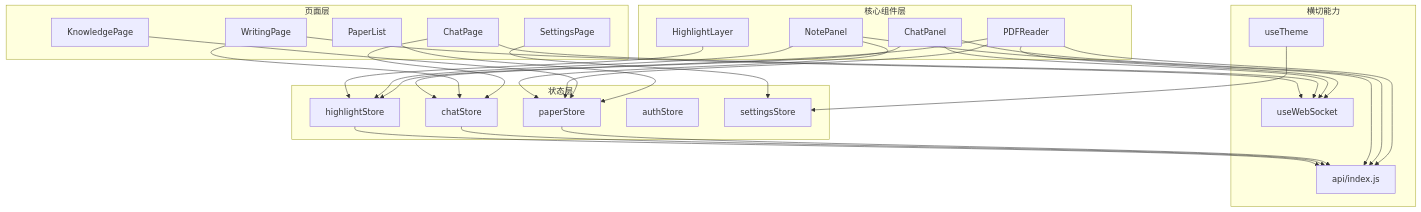
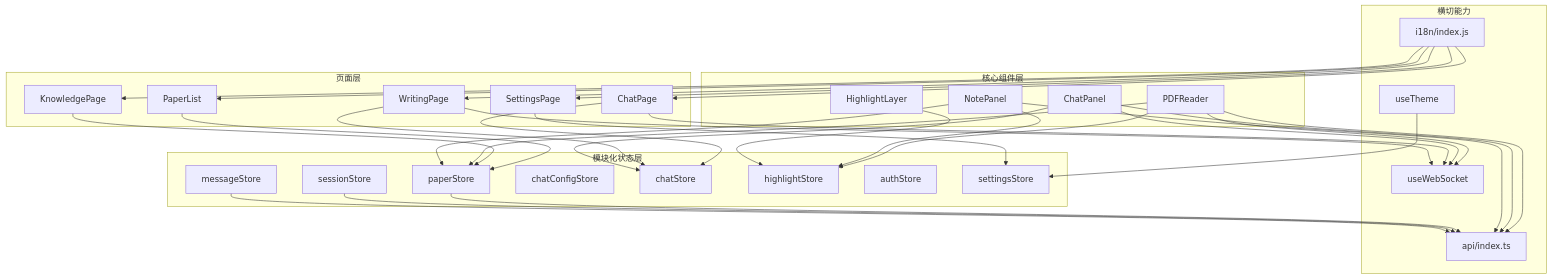
One commit to laohanhahaha/PaperChat changed the second of 8 diagrams in .qoder/repowiki/zh/content/前端系统/前端系统.md. Above: the diagram before and after it, drawn with Mermaid. The commit also changed other lines of this file and 8 other files, not shown here.

````diff
--- a/.qoder/repowiki/zh/content/前端系统/前端系统.md
+++ b/.qoder/repowiki/zh/content/前端系统/前端系统.md
@@ -102,50 +143,59 @@
 ```mermaid
 graph TB
 subgraph "页面层"
 P1["PaperList"]
 P2["ChatPage"]
 P3["WritingPage"]
 P4["KnowledgePage"]
 P5["SettingsPage"]
 end
 subgraph "核心组件层"
 C1["PDFReader"]
 C2["ChatPanel"]
 C3["NotePanel"]
 C4["HighlightLayer"]
 end
-subgraph "状态层"
+subgraph "模块化状态层"
 S1["paperStore"]
-S2["chatStore"]
-S3["highlightStore"]
-S4["authStore"]
-S5["settingsStore"]
+S2["sessionStore"]
+S3["messageStore"]
+S4["chatConfigStore"]
+S5["chatStore"]
+S6["highlightStore"]
+S7["authStore"]
+S8["settingsStore"]
 end
 subgraph "横切能力"
 H1["useWebSocket"]
 H2["useTheme"]
-A1["api/index.js"]
+A1["api/index.ts"]
+I1["i18n/index.js"]
 end
 P1 --> S1
-P2 --> S2
-P3 --> S2
+P2 --> S5
+P3 --> S5
 P4 --> S1
-P5 --> S5
-C1 --> S3
+P5 --> S8
+C1 --> S6
 C1 --> S1
-C2 --> S2
-C3 --> S3
+C2 --> S5
+C3 --> S6
 C3 --> S1
-C4 --> S3
+C4 --> S6
 C1 --> H1
 C2 --> H1
 P2 --> H1
 P3 --> H1
 C1 --> A1
 C2 --> A1
 C3 --> A1
 S1 --> A1
 S2 --> A1
 S3 --> A1
-H2 --> S5
+H2 --> S8
+I1 --> P1
+I1 --> P2
+I1 --> P3
+I1 --> P4
+I1 --> P5
 ```
````
